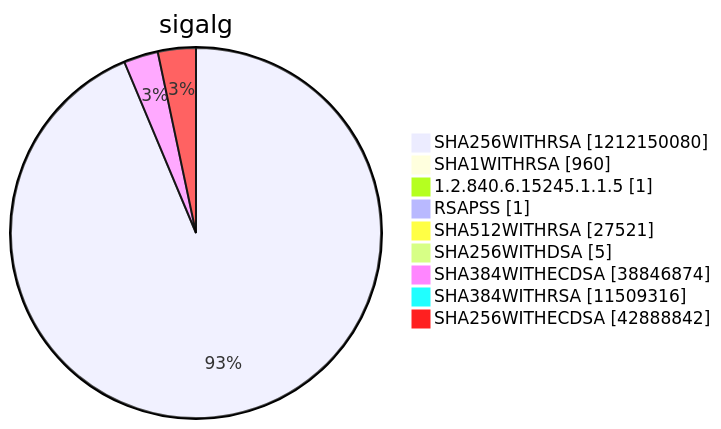
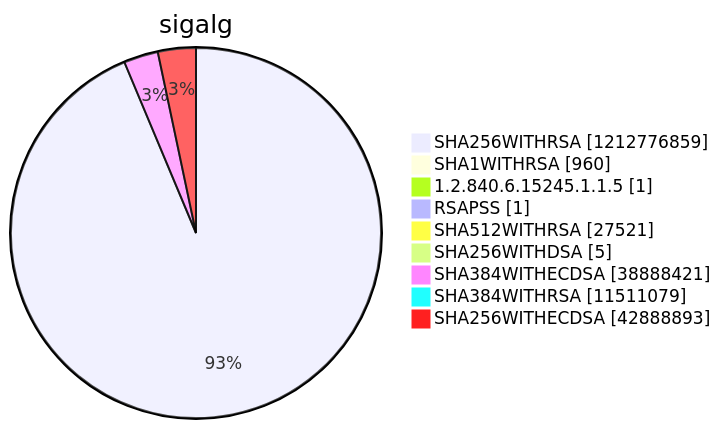
Diagram 15 of 15 in argon2022/README.md (christiankrug/ctmonitor_visualization), drawn with Mermaid before and after one commit. The commit also changed other lines of this file, not shown here.

````diff
--- a/argon2022/README.md
+++ b/argon2022/README.md
@@ -5520,13 +5520,13 @@
 ```mermaid
 pie showData
 title sigalg
-"SHA256WITHRSA" :1212150080
+"SHA256WITHRSA" :1212776859
 "SHA1WITHRSA" :960
 "1.2.840.6.15245.1.1.5" :1
 "RSAPSS" :1
 "SHA512WITHRSA" :27521
 "SHA256WITHDSA" :5
-"SHA384WITHECDSA" :38846874
-"SHA384WITHRSA" :11509316
-"SHA256WITHECDSA" :42888842
+"SHA384WITHECDSA" :38888421
+"SHA384WITHRSA" :11511079
+"SHA256WITHECDSA" :42888893
 ```
````
